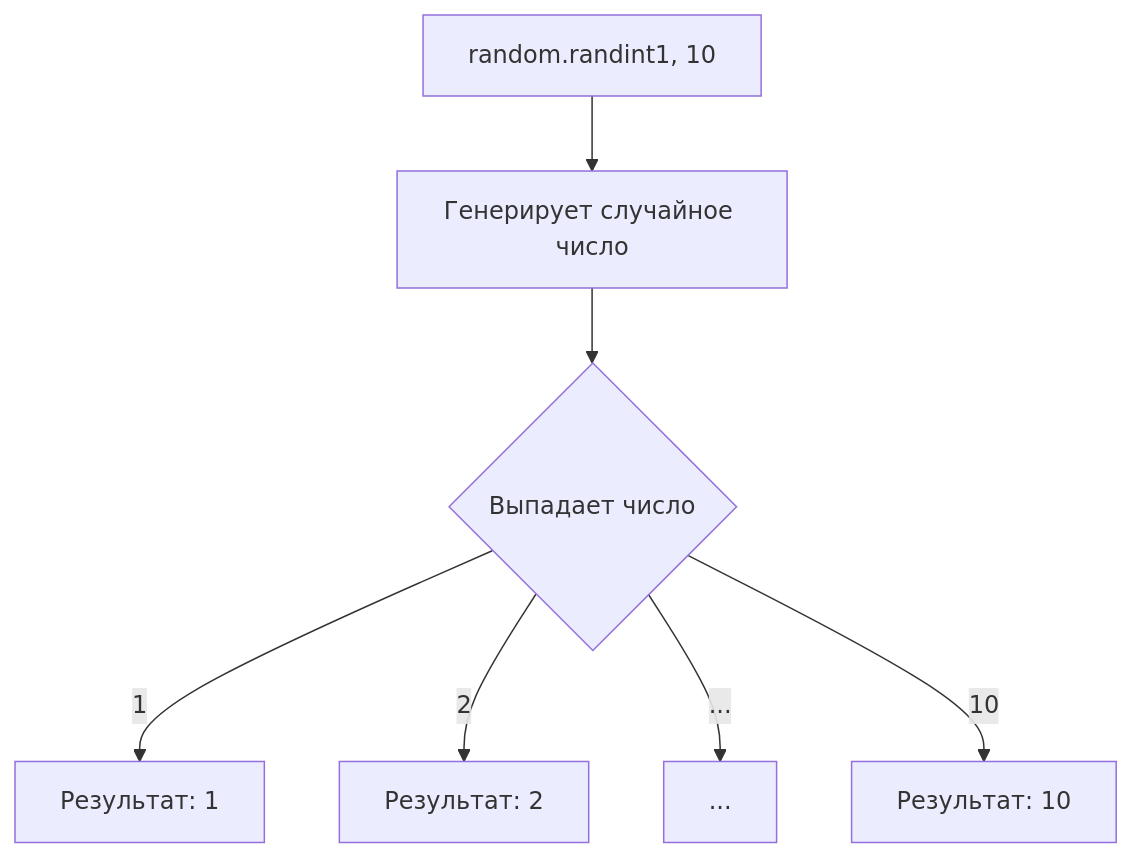
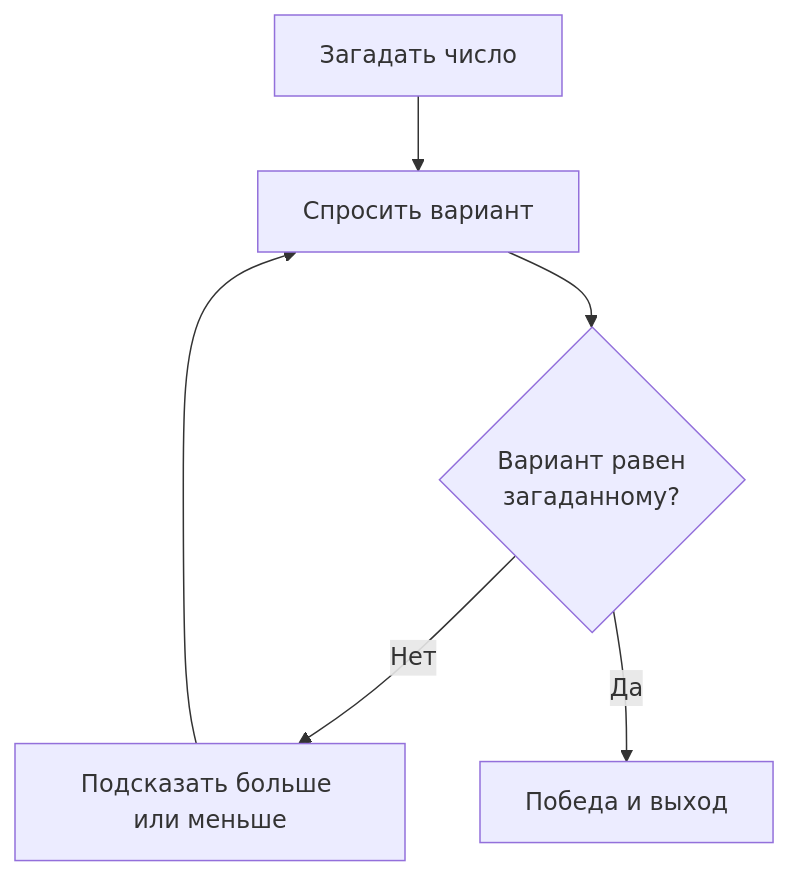
Before and after one commit to RestartLexinus/SchoolMD: the diagram in Python/Теория/004_Python_Random.md, drawn with Mermaid. The commit also changed other lines of this file and 14 other files, not shown here.

````diff
--- a/Python/Теория/004_Python_Random.md
+++ b/Python/Теория/004_Python_Random.md
@@ -55,9 +57,8 @@
 ```mermaid
 flowchart TD
-    A[random.randint1, 10] --> B[Генерирует случайное число]
-    B --> C{Выпадает число}
-    C -- 1 --> D[Результат: 1]
-    C -- 2 --> E[Результат: 2]
-    C -- ... --> F[...]
-    C -- 10 --> G[Результат: 10]
+    A[Загадать число] --> B[Спросить вариант]
+    B --> C{Вариант равен<br>загаданному?}
+    C -- Нет --> D[Подсказать больше или меньше]
+    D --> B
+    C -- Да --> E[Победа и выход]
 ```
````
